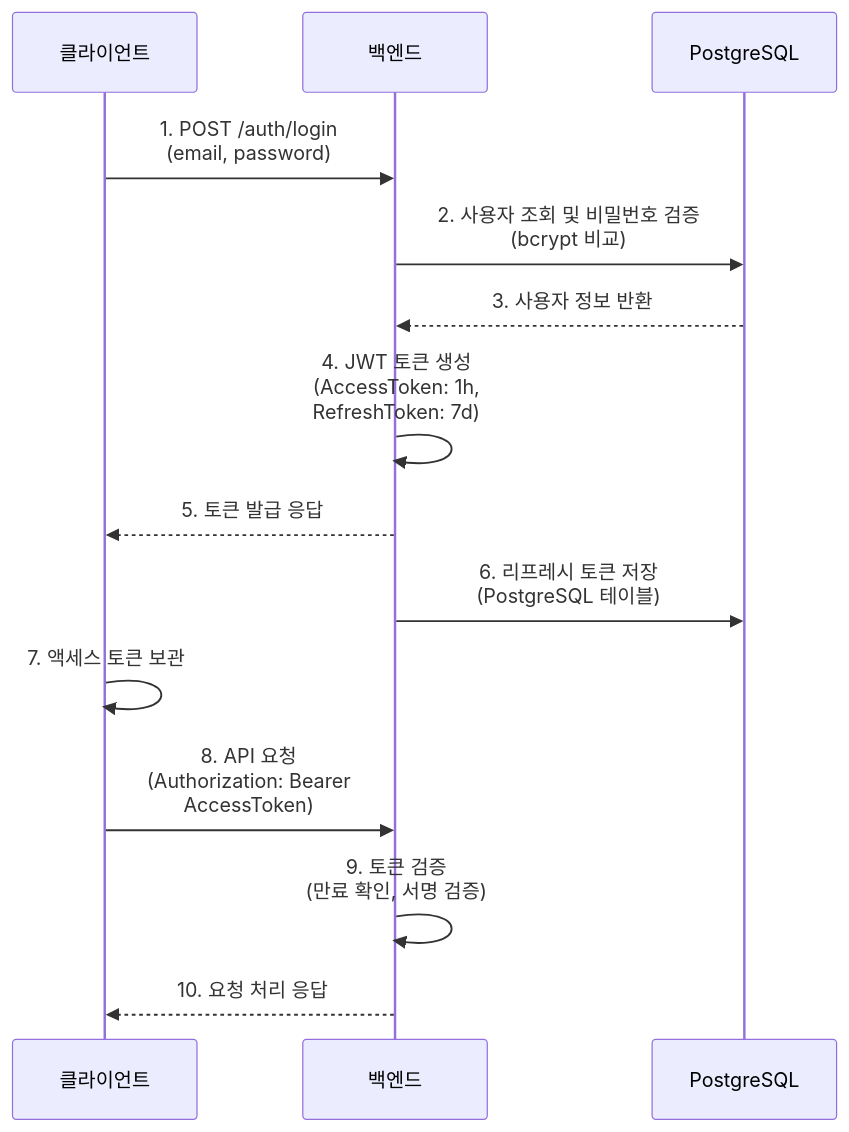
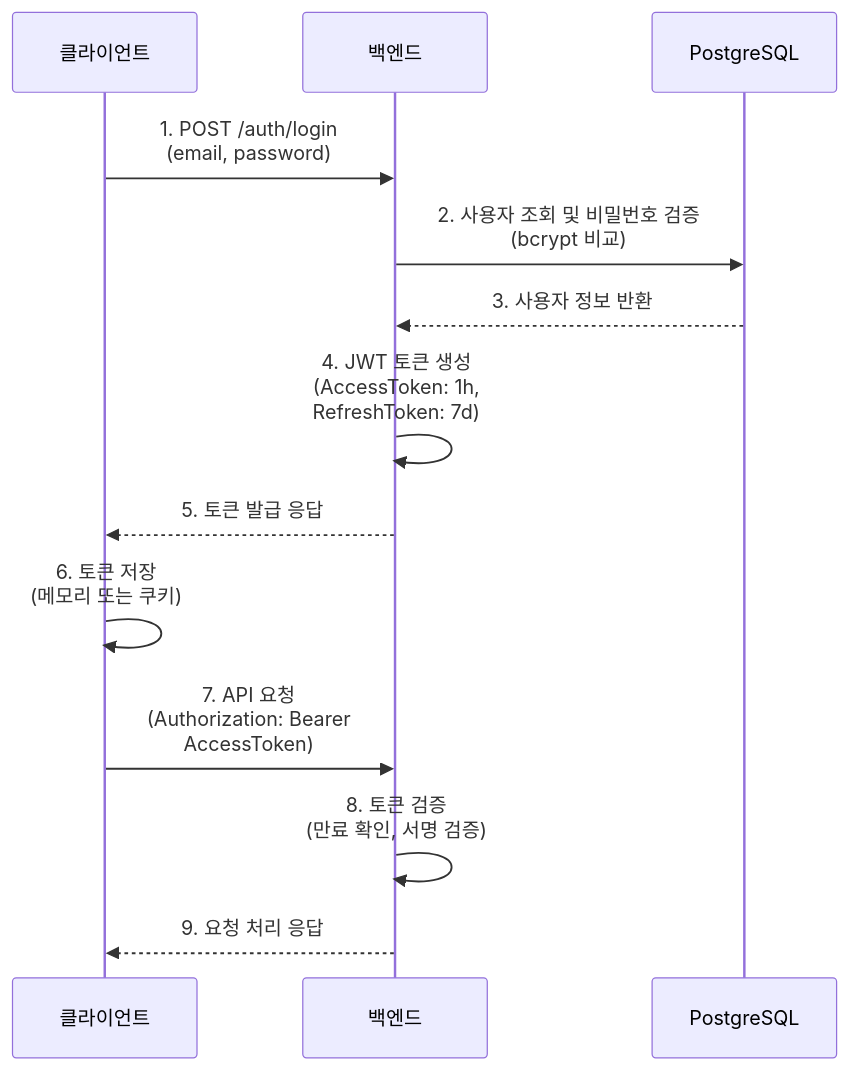
One commit to sunilahn/todolist-app changed the fifth of 5 diagrams in docs/5-arch-diagram.md. Above: the diagram before and after it, drawn with Mermaid. The commit also changed other lines of this file, not shown here.

````diff
--- a/docs/5-arch-diagram.md
+++ b/docs/5-arch-diagram.md
@@ -143,17 +143,16 @@
 ```mermaid
 sequenceDiagram
     participant Client as 클라이언트
     participant Backend as 백엔드
     participant DB as PostgreSQL
-    
+
     Client->>Backend: 1. POST /auth/login<br/>(email, password)
     Backend->>DB: 2. 사용자 조회 및 비밀번호 검증<br/>(bcrypt 비교)
     DB-->>Backend: 3. 사용자 정보 반환
     Backend->>Backend: 4. JWT 토큰 생성<br/>(AccessToken: 1h,<br/>RefreshToken: 7d)
     Backend-->>Client: 5. 토큰 발급 응답
-    Backend->>DB: 6. 리프레시 토큰 저장<br/>(PostgreSQL 테이블)
-    Client->>Client: 7. 액세스 토큰 보관
-    Client->>Backend: 8. API 요청<br/>(Authorization: Bearer<br/>AccessToken)
-    Backend->>Backend: 9. 토큰 검증<br/>(만료 확인, 서명 검증)
-    Backend-->>Client: 10. 요청 처리 응답
+    Client->>Client: 6. 토큰 저장<br/>(메모리 또는 쿠키)
+    Client->>Backend: 7. API 요청<br/>(Authorization: Bearer<br/>AccessToken)
+    Backend->>Backend: 8. 토큰 검증<br/>(만료 확인, 서명 검증)
+    Backend-->>Client: 9. 요청 처리 응답
 ```
````
